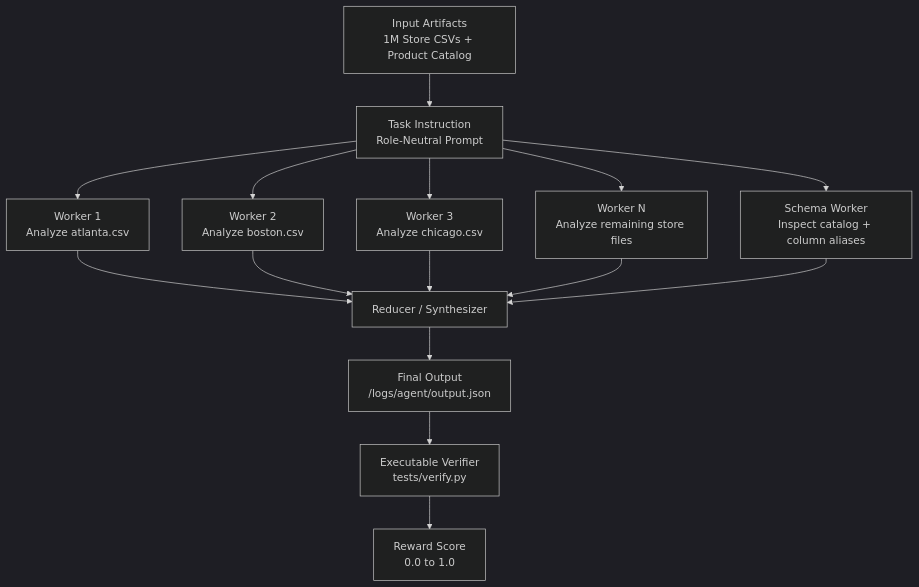
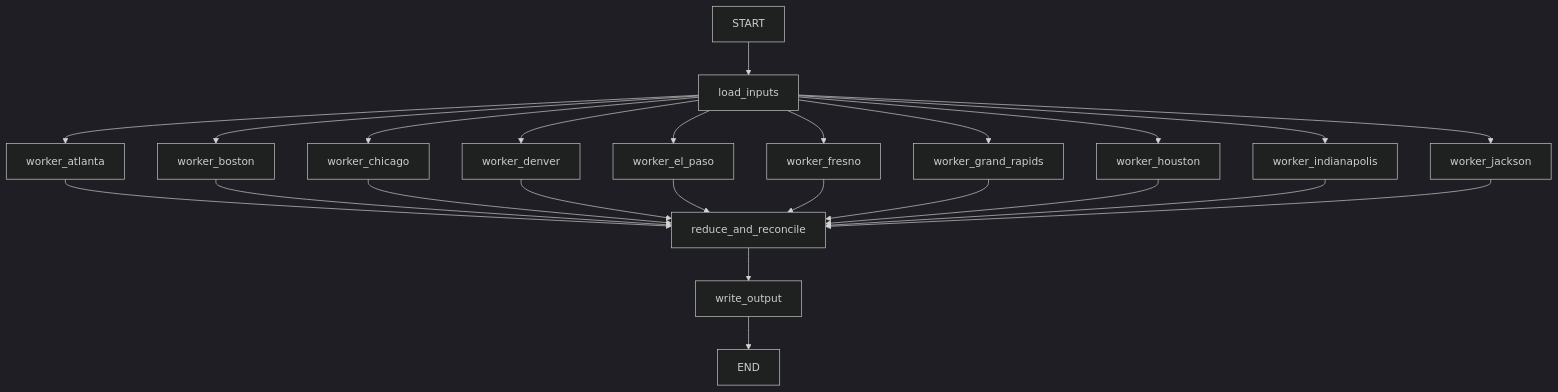
The diagram in README.md (parasiitism/retail-reconciliation-swarmbench), drawn with Mermaid (dark theme) before and after one commit. The commit also changed other lines of this file and 1 other file, not shown here.

Commit message:
Add LangGraph multi-agent solver

````diff
--- a/README.md
+++ b/README.md
@@ -53,23 +49,26 @@
 ```mermaid
 flowchart TD
-    A["Input Artifacts<br/>1M Store CSVs + Product Catalog"] --> B["Task Instruction<br/>Role-Neutral Prompt"]
-
-    B --> C1["Worker 1<br/>Analyze atlanta.csv"]
-    B --> C2["Worker 2<br/>Analyze boston.csv"]
-    B --> C3["Worker 3<br/>Analyze chicago.csv"]
-    B --> C4["Worker N<br/>Analyze remaining store files"]
-    B --> C5["Schema Worker<br/>Inspect catalog + column aliases"]
-
-    C1 --> D["Reducer / Synthesizer"]
+    A["START"] --> B["load_inputs"]
+    B --> C1["worker_atlanta"]
+    B --> C2["worker_boston"]
+    B --> C3["worker_chicago"]
+    B --> C4["worker_denver"]
+    B --> C5["worker_el_paso"]
+    B --> C6["worker_fresno"]
+    B --> C7["worker_grand_rapids"]
+    B --> C8["worker_houston"]
+    B --> C9["worker_indianapolis"]
+    B --> C10["worker_jackson"]
+    C1 --> D["reduce_and_reconcile"]
     C2 --> D
     C3 --> D
     C4 --> D
     C5 --> D
-
-    D --> E["Final Output<br/>/logs/agent/output.json"]
-
-    E --> F["Executable Verifier<br/>tests/verify.py"]
-
-    F --> G["Reward Score<br/>0.0 to 1.0"]
-
+    C6 --> D
+    C7 --> D
+    C8 --> D
+    C9 --> D
+    C10 --> D
+    D --> E["write_output"]
+    E --> F["END"]
 ```
````
